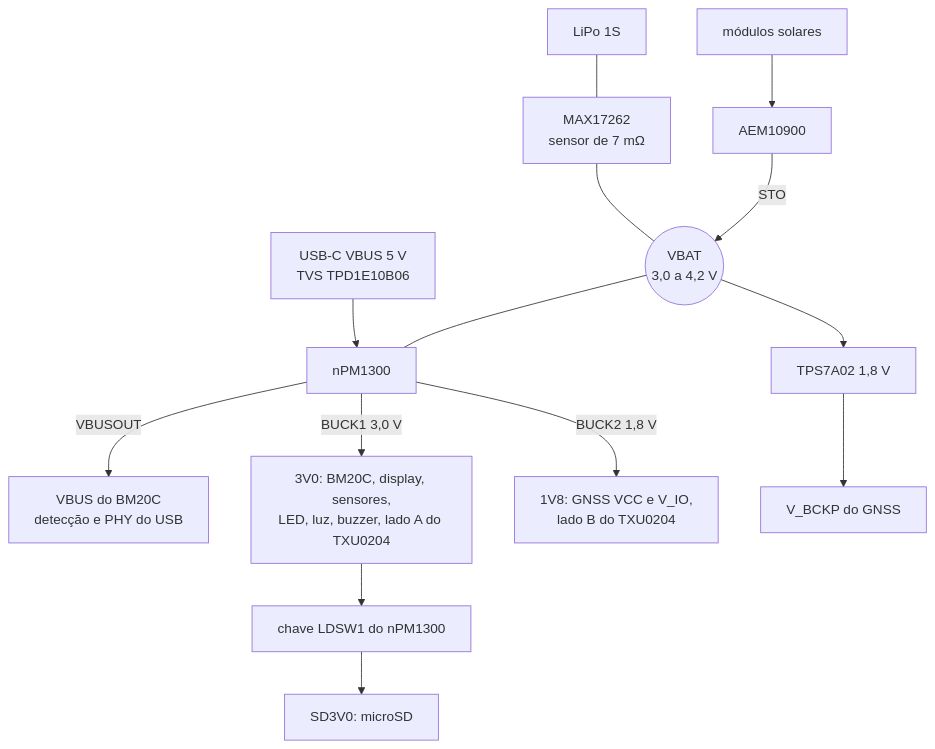
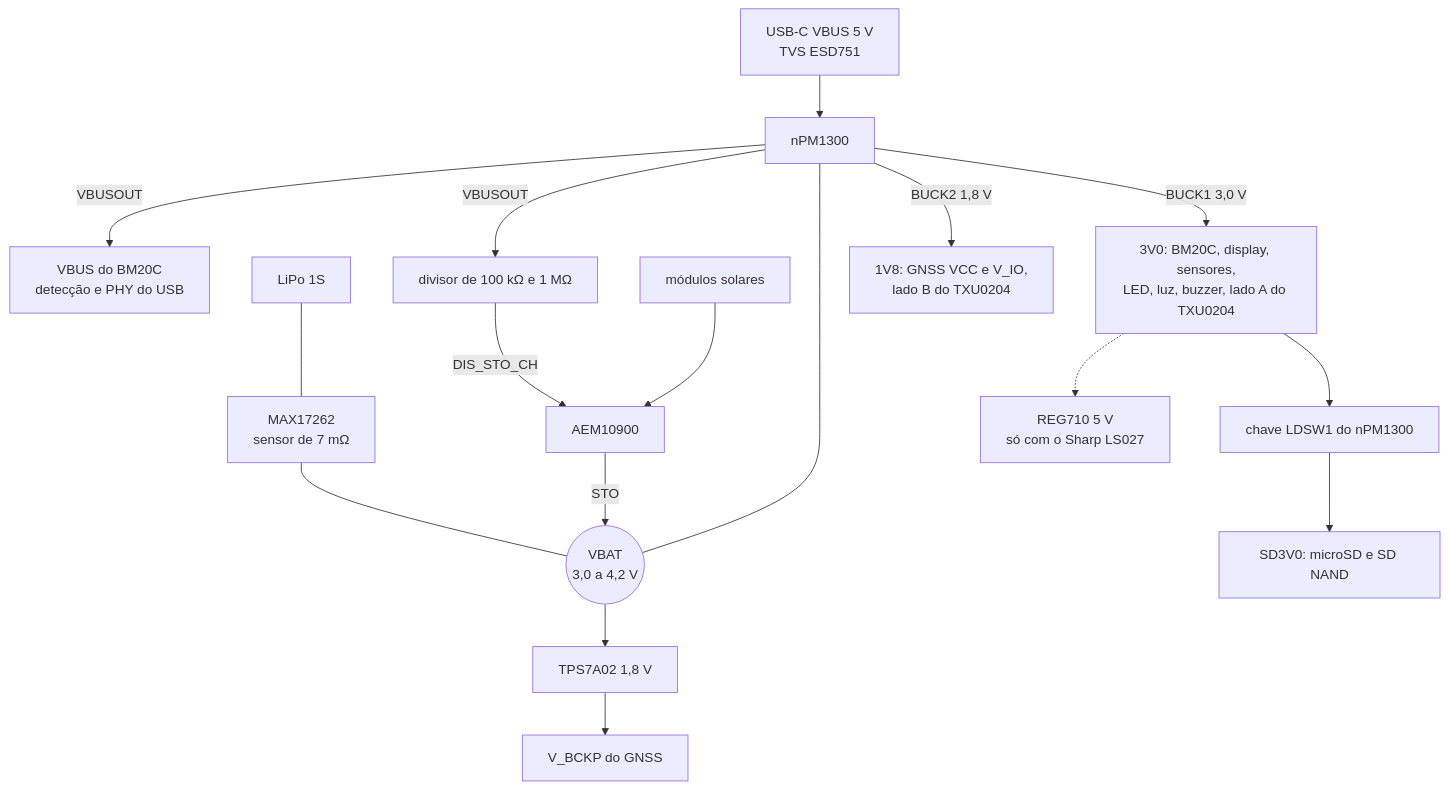
One commit to Guiimartinho/gnss-bike-computer changed the second of 3 diagrams in docs/14-hardware-placa-nova.md. Above: the diagram before and after it, drawn with Mermaid. The commit also changed other lines of this file and 11 other files, not shown here.

````diff
--- a/docs/14-hardware-placa-nova.md
+++ b/docs/14-hardware-placa-nova.md
@@ -80,16 +81,19 @@
 ```mermaid
 flowchart TD
-    VBUS["USB-C VBUS 5 V<br/>TVS TPD1E10B06"] --> PMIC["nPM1300"]
+    VBUS["USB-C VBUS 5 V<br/>TVS ESD751"] --> PMIC["nPM1300"]
     PMIC -->|"VBUSOUT"| NRFVBUS["VBUS do BM20C<br/>detecção e PHY do USB"]
+    PMIC -->|"VBUSOUT"| DIV["divisor de 100 kΩ e 1 MΩ"]
+    DIV -->|"DIS_STO_CH"| AEM
     CELL["LiPo 1S"] --- GAUGE["MAX17262<br/>sensor de 7 mΩ"]
     GAUGE --- VBAT(("VBAT<br/>3,0 a 4,2 V"))
     VBAT --- PMIC
     PV["módulos solares"] --> AEM["AEM10900"]
     AEM -->|"STO"| VBAT
     VBAT --> LDO["TPS7A02 1,8 V"]
     LDO --> VBCKP["V_BCKP do GNSS"]
     PMIC -->|"BUCK1 3,0 V"| R3V0["3V0: BM20C, display, sensores,<br/>LED, luz, buzzer, lado A do TXU0204"]
     PMIC -->|"BUCK2 1,8 V"| R1V8["1V8: GNSS VCC e V_IO,<br/>lado B do TXU0204"]
     R3V0 --> LSW["chave LDSW1 do nPM1300"]
-    LSW --> RSD["SD3V0: microSD"]
+    LSW --> RSD["SD3V0: microSD e SD NAND"]
+    R3V0 -.-> CP["REG710 5 V<br/>só com o Sharp LS027"]
 ```
````
